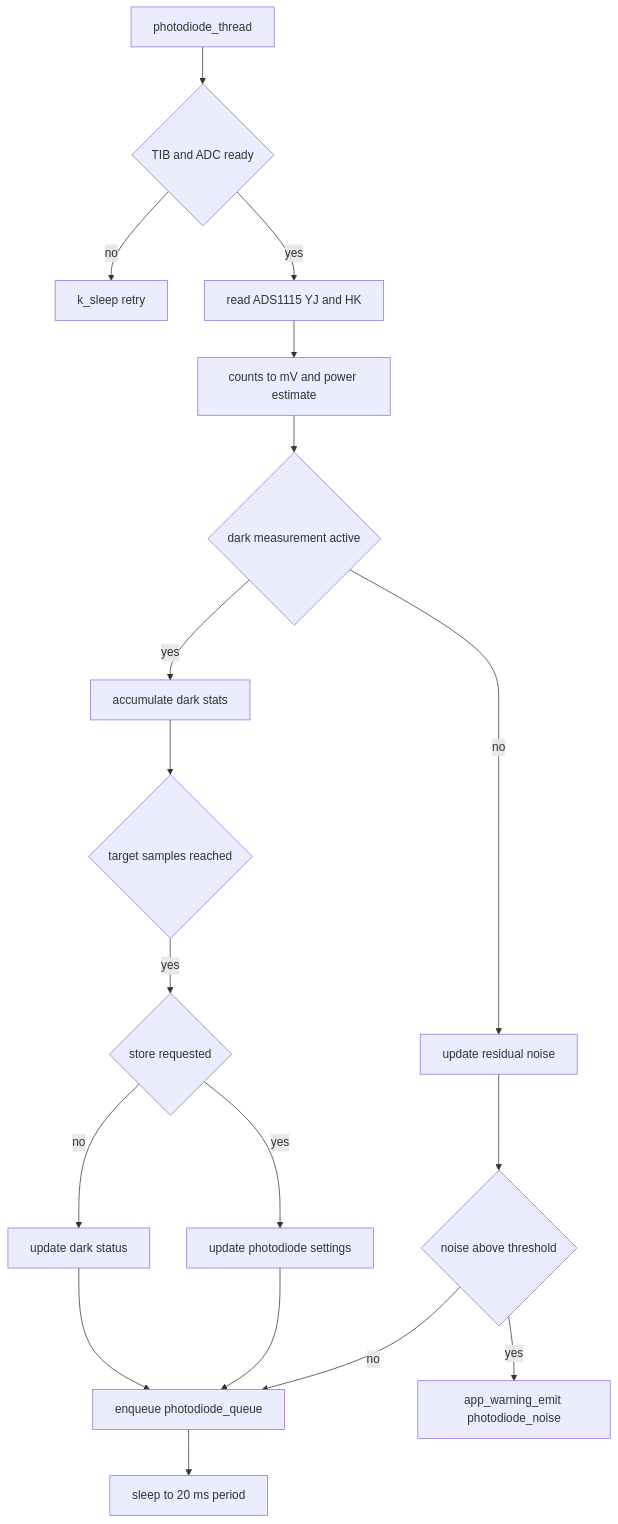
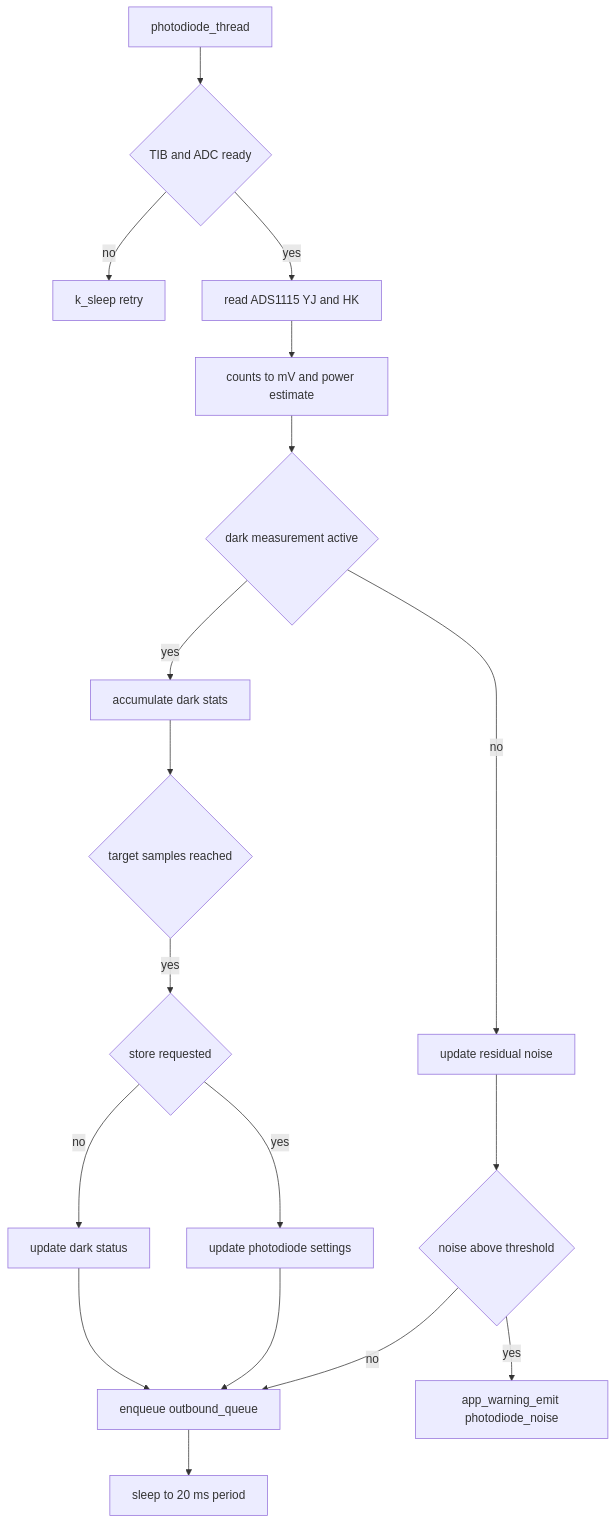
One commit to COO-Utilities/hispec-tib changed the tenth of 17 diagrams in doc/diagrams.md. Above: the diagram before and after it, drawn with Mermaid. The commit also changed other lines of this file and 13 other files, not shown here.

Commit message:
Refactor telemetry and queue logic: replace `photodiode_queue` with direct `outbound_queue` usage, improve `outbound_queue` capacity handling, and update related documentation.

````diff
--- a/doc/diagrams.md
+++ b/doc/diagrams.md
@@ -182,20 +181,20 @@
 ```mermaid
 flowchart TD
   Thread[photodiode_thread] --> Board{TIB and ADC ready}
   Board -- no --> Sleep[k_sleep retry]
   Board -- yes --> Sample[read ADS1115 YJ and HK]
   Sample --> Convert[counts to mV and power estimate]
   Convert --> Dark{dark measurement active}
   Dark -- yes --> Accumulate[accumulate dark stats]
   Accumulate --> Complete{target samples reached}
   Complete -- yes --> Store{store requested}
   Store -- yes --> Persist[update photodiode settings]
   Store -- no --> Status[update dark status]
   Dark -- no --> Noise[update residual noise]
-  Status --> Telemetry[enqueue photodiode_queue]
+  Status --> Telemetry[enqueue outbound_queue]
   Persist --> Telemetry
   Noise --> Warn{noise above threshold}
   Warn -- yes --> Emit[app_warning_emit photodiode_noise]
   Warn -- no --> Telemetry
   Telemetry --> SleepPeriod[sleep to 20 ms period]
 ```
````
